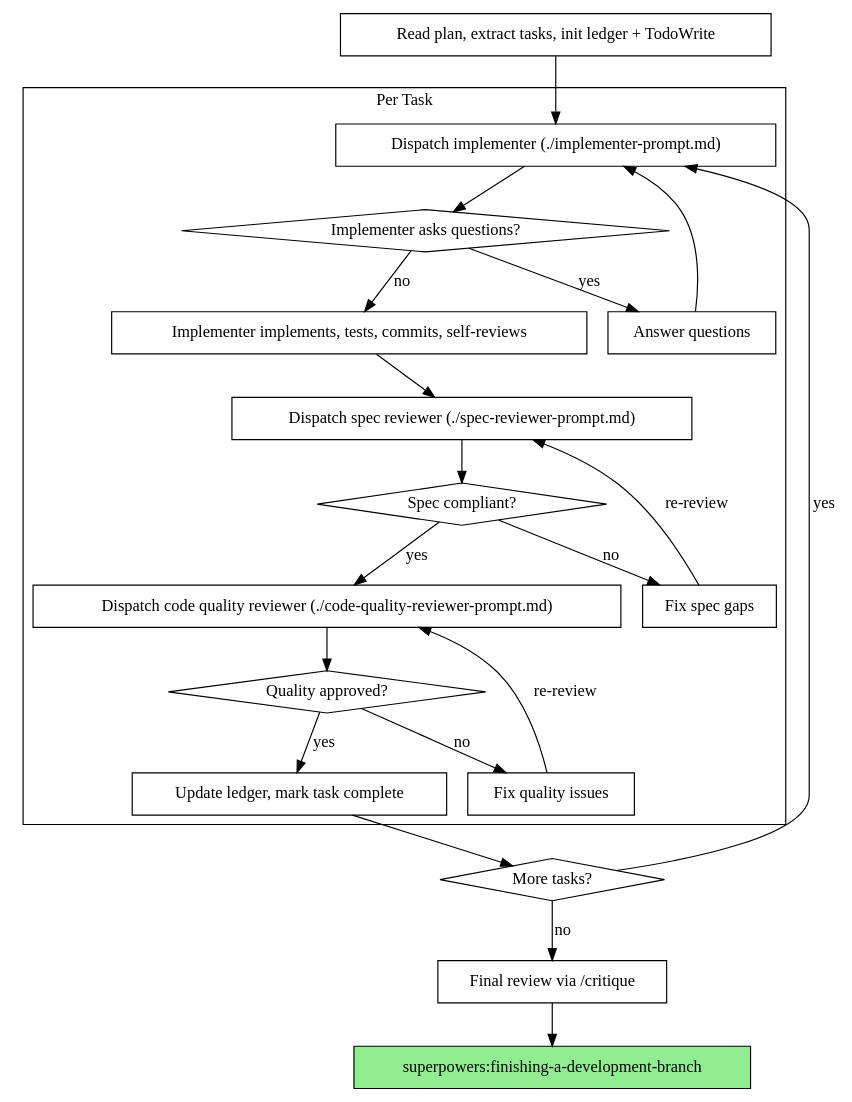
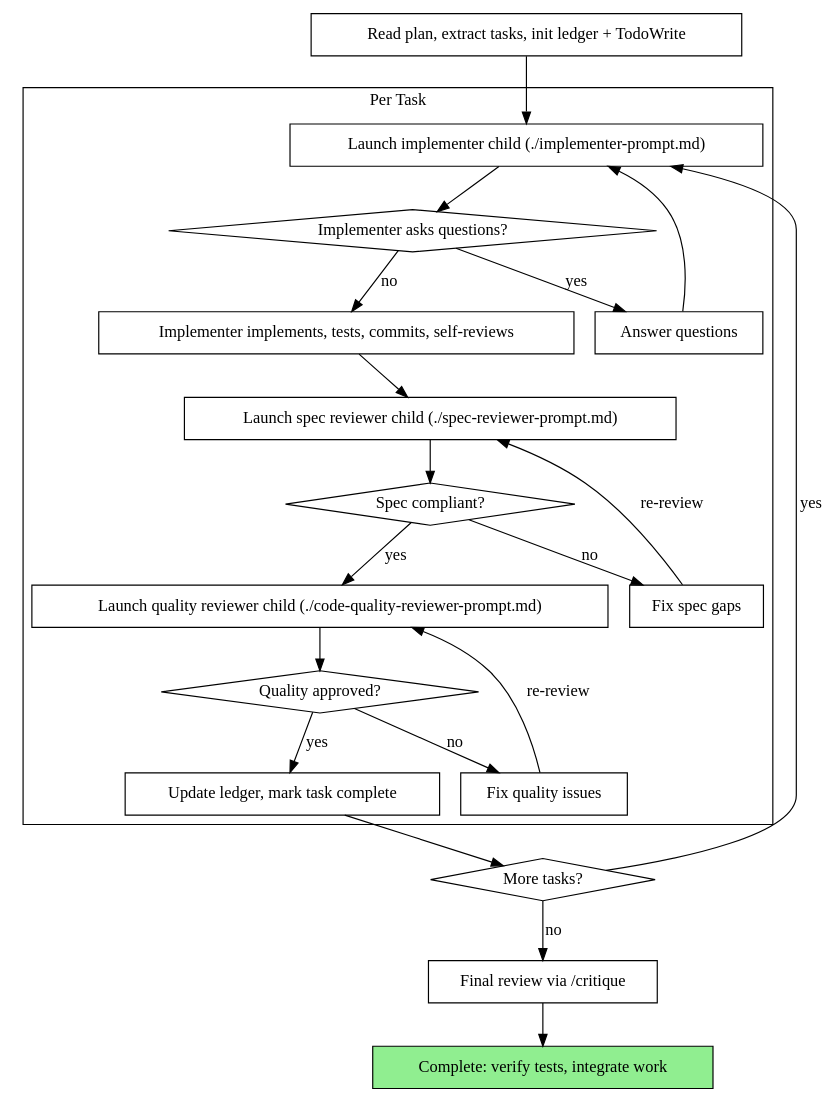
Before and after one commit to qyhfrank/agentic-harness: the diagram in skills/subagent-driven-dev/SKILL.md, drawn with Graphviz. The commit also changed other lines of this file and 11 other files, not shown here.

````diff
--- a/skills/subagent-driven-dev/SKILL.md
+++ b/skills/subagent-driven-dev/SKILL.md
@@ -24,41 +38,41 @@
 ```dot
 digraph process {
     rankdir=TB;
     subgraph cluster_per_task {
         label="Per Task";
-        "Dispatch implementer (./implementer-prompt.md)" [shape=box];
+        "Launch implementer child (./implementer-prompt.md)" [shape=box];
         "Implementer asks questions?" [shape=diamond];
         "Answer questions" [shape=box];
         "Implementer implements, tests, commits, self-reviews" [shape=box];
-        "Dispatch spec reviewer (./spec-reviewer-prompt.md)" [shape=box];
+        "Launch spec reviewer child (./spec-reviewer-prompt.md)" [shape=box];
         "Spec compliant?" [shape=diamond];
         "Fix spec gaps" [shape=box];
-        "Dispatch code quality reviewer (./code-quality-reviewer-prompt.md)" [shape=box];
+        "Launch quality reviewer child (./code-quality-reviewer-prompt.md)" [shape=box];
         "Quality approved?" [shape=diamond];
         "Fix quality issues" [shape=box];
         "Update ledger, mark task complete" [shape=box];
     }
     "Read plan, extract tasks, init ledger + TodoWrite" [shape=box];
     "More tasks?" [shape=diamond];
     "Final review via /critique" [shape=box];
-    "superpowers:finishing-a-development-branch" [shape=box style=filled fillcolor=lightgreen];
-    "Read plan, extract tasks, init ledger + TodoWrite" -> "Dispatch implementer (./implementer-prompt.md)";
-    "Dispatch implementer (./implementer-prompt.md)" -> "Implementer asks questions?";
+    "Complete: verify tests, integrate work" [shape=box style=filled fillcolor=lightgreen];
+    "Read plan, extract tasks, init ledger + TodoWrite" -> "Launch implementer child (./implementer-prompt.md)";
+    "Launch implementer child (./implementer-prompt.md)" -> "Implementer asks questions?";
     "Implementer asks questions?" -> "Answer questions" [label="yes"];
-    "Answer questions" -> "Dispatch implementer (./implementer-prompt.md)";
+    "Answer questions" -> "Launch implementer child (./implementer-prompt.md)";
     "Implementer asks questions?" -> "Implementer implements, tests, commits, self-reviews" [label="no"];
-    "Implementer implements, tests, commits, self-reviews" -> "Dispatch spec reviewer (./spec-reviewer-prompt.md)";
-    "Dispatch spec reviewer (./spec-reviewer-prompt.md)" -> "Spec compliant?";
+    "Implementer implements, tests, commits, self-reviews" -> "Launch spec reviewer child (./spec-reviewer-prompt.md)";
+    "Launch spec reviewer child (./spec-reviewer-prompt.md)" -> "Spec compliant?";
     "Spec compliant?" -> "Fix spec gaps" [label="no"];
-    "Fix spec gaps" -> "Dispatch spec reviewer (./spec-reviewer-prompt.md)" [label="re-review"];
-    "Spec compliant?" -> "Dispatch code quality reviewer (./code-quality-reviewer-prompt.md)" [label="yes"];
-    "Dispatch code quality reviewer (./code-quality-reviewer-prompt.md)" -> "Quality approved?";
+    "Fix spec gaps" -> "Launch spec reviewer child (./spec-reviewer-prompt.md)" [label="re-review"];
+    "Spec compliant?" -> "Launch quality reviewer child (./code-quality-reviewer-prompt.md)" [label="yes"];
+    "Launch quality reviewer child (./code-quality-reviewer-prompt.md)" -> "Quality approved?";
     "Quality approved?" -> "Fix quality issues" [label="no"];
-    "Fix quality issues" -> "Dispatch code quality reviewer (./code-quality-reviewer-prompt.md)" [label="re-review"];
+    "Fix quality issues" -> "Launch quality reviewer child (./code-quality-reviewer-prompt.md)" [label="re-review"];
     "Quality approved?" -> "Update ledger, mark task complete" [label="yes"];
     "Update ledger, mark task complete" -> "More tasks?";
-    "More tasks?" -> "Dispatch implementer (./implementer-prompt.md)" [label="yes"];
+    "More tasks?" -> "Launch implementer child (./implementer-prompt.md)" [label="yes"];
     "More tasks?" -> "Final review via /critique" [label="no"];
-    "Final review via /critique" -> "superpowers:finishing-a-development-branch";
+    "Final review via /critique" -> "Complete: verify tests, integrate work";
 }
 ```
````
